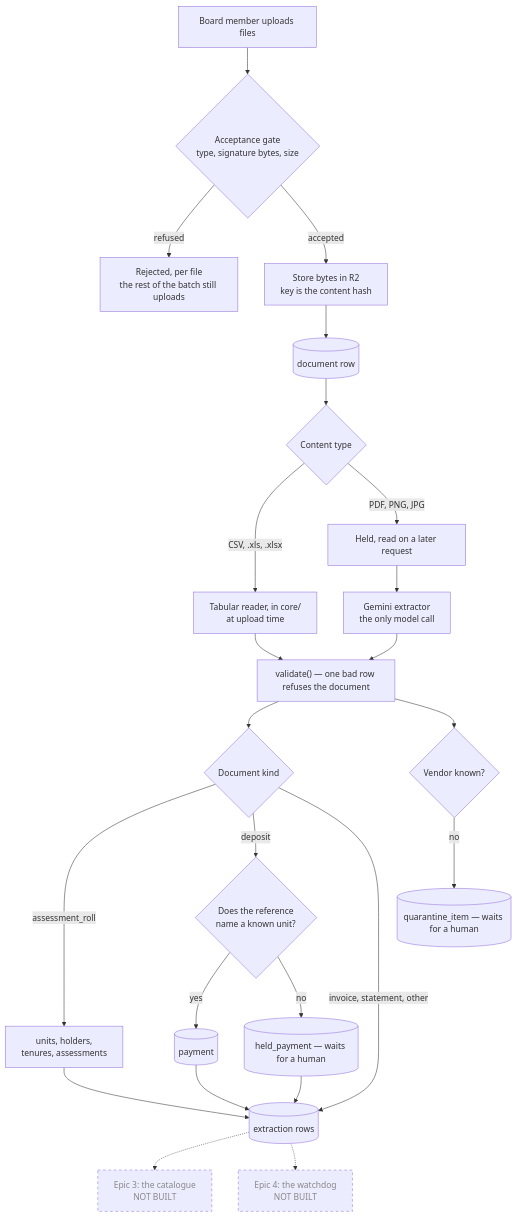
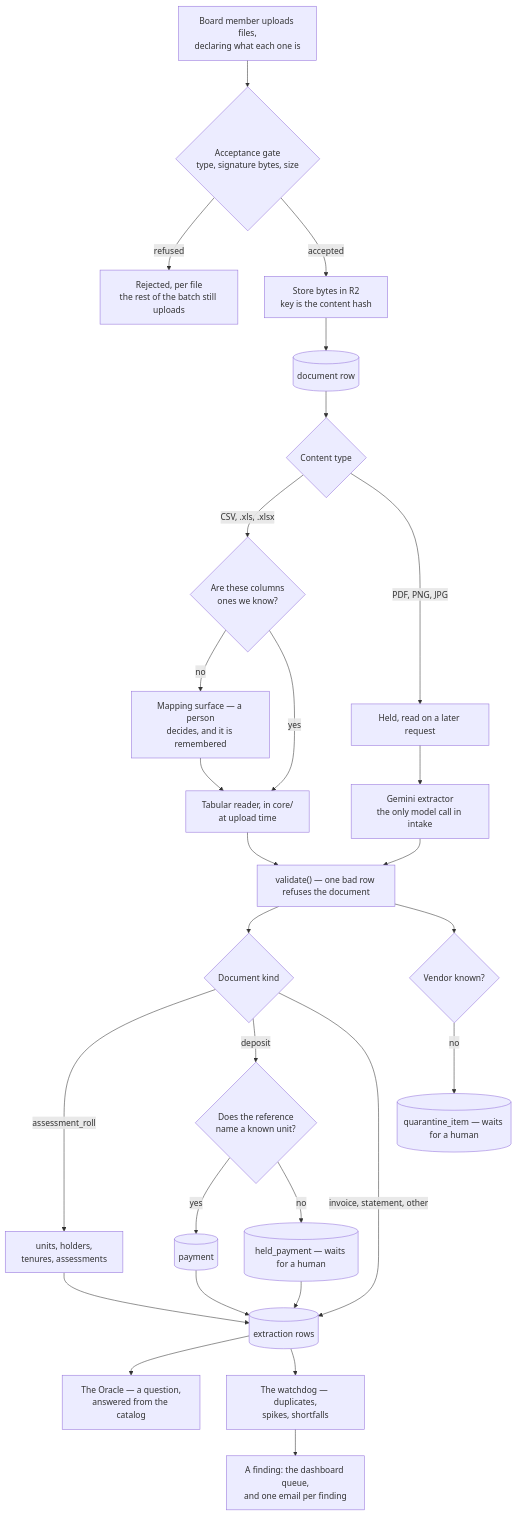
One commit to ageem123dev/HOA-Watchdog changed the diagram in README.md. Above: the diagram before and after it, drawn with Mermaid. The commit also changed other lines of this file and 7 other files, not shown here.

````diff
--- a/README.md
+++ b/README.md
@@ -106,36 +160,37 @@
 ```mermaid
 flowchart TD
-  U[Board member uploads files] --> A{"Acceptance gate<br/>type, signature bytes, size"}
+  U["Board member uploads files,<br/>declaring what each one is"] --> A{"Acceptance gate<br/>type, signature bytes, size"}
   A -->|refused| R["Rejected, per file<br/>the rest of the batch still uploads"]
   A -->|accepted| S[Store bytes in R2<br/>key is the content hash]
   S --> D[(document row)]
 
   D --> F{Content type}
-  F -->|"CSV, .xls, .xlsx"| T["Tabular reader, in core/<br/>at upload time"]
+  F -->|"CSV, .xls, .xlsx"| M{"Are these columns<br/>ones we know?"}
+  M -->|no| MAP["Mapping surface — a person<br/>decides, and it is remembered"]
+  M -->|yes| T["Tabular reader, in core/<br/>at upload time"]
+  MAP --> T
   F -->|"PDF, PNG, JPG"| H["Held, read on a later request"]
 
-  H --> G["Gemini extractor<br/>the only model call"]
+  H --> G["Gemini extractor<br/>the only model call in intake"]
   G --> V
   T --> V["validate() — one bad row refuses the document"]
 
   V --> K{Document kind}
   K -->|assessment_roll| RO["units, holders,<br/>tenures, assessments"]
   K -->|deposit| P{"Does the reference<br/>name a known unit?"}
   K -->|"invoice, statement, other"| E[(extraction rows)]
 
   P -->|yes| PM[(payment)]
   P -->|no| HP[(held_payment — waits for a human)]
 
   V --> Q{Vendor known?}
   Q -->|no| QI[(quarantine_item — waits for a human)]
 
   RO --> E
   PM --> E
   HP --> E
 
-  E -.-> O["Epic 3: the catalogue<br/>NOT BUILT"]
-  E -.-> W["Epic 4: the watchdog<br/>NOT BUILT"]
-
-  classDef unbuilt stroke-dasharray: 5 5,color:#888
-  class O,W unbuilt
+  E --> O["The Oracle — a question,<br/>answered from the catalog"]
+  E --> W["The watchdog — duplicates,<br/>spikes, shortfalls"]
+  W --> AL["A finding: the dashboard queue,<br/>and one email per finding"]
 ```
````
